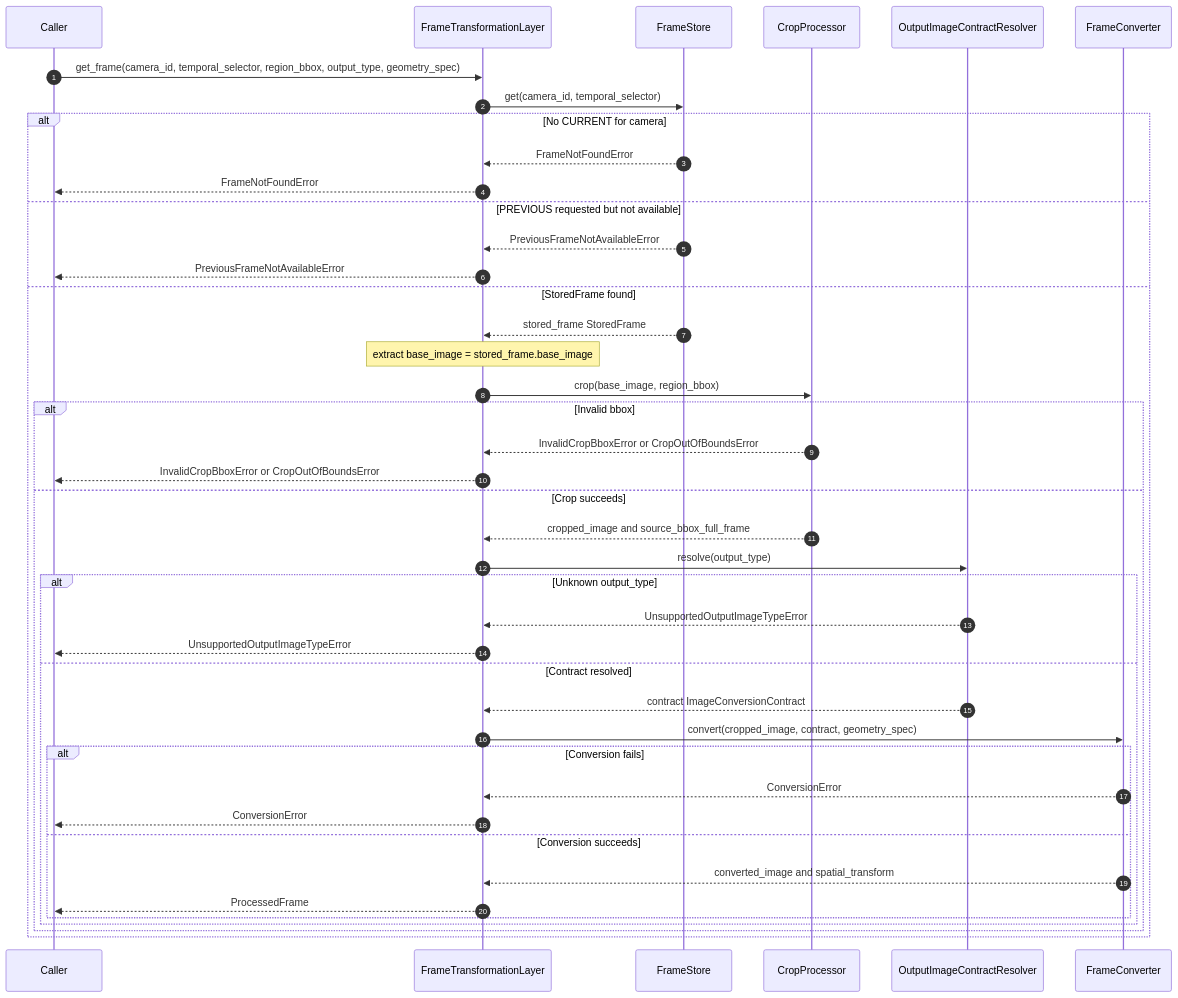
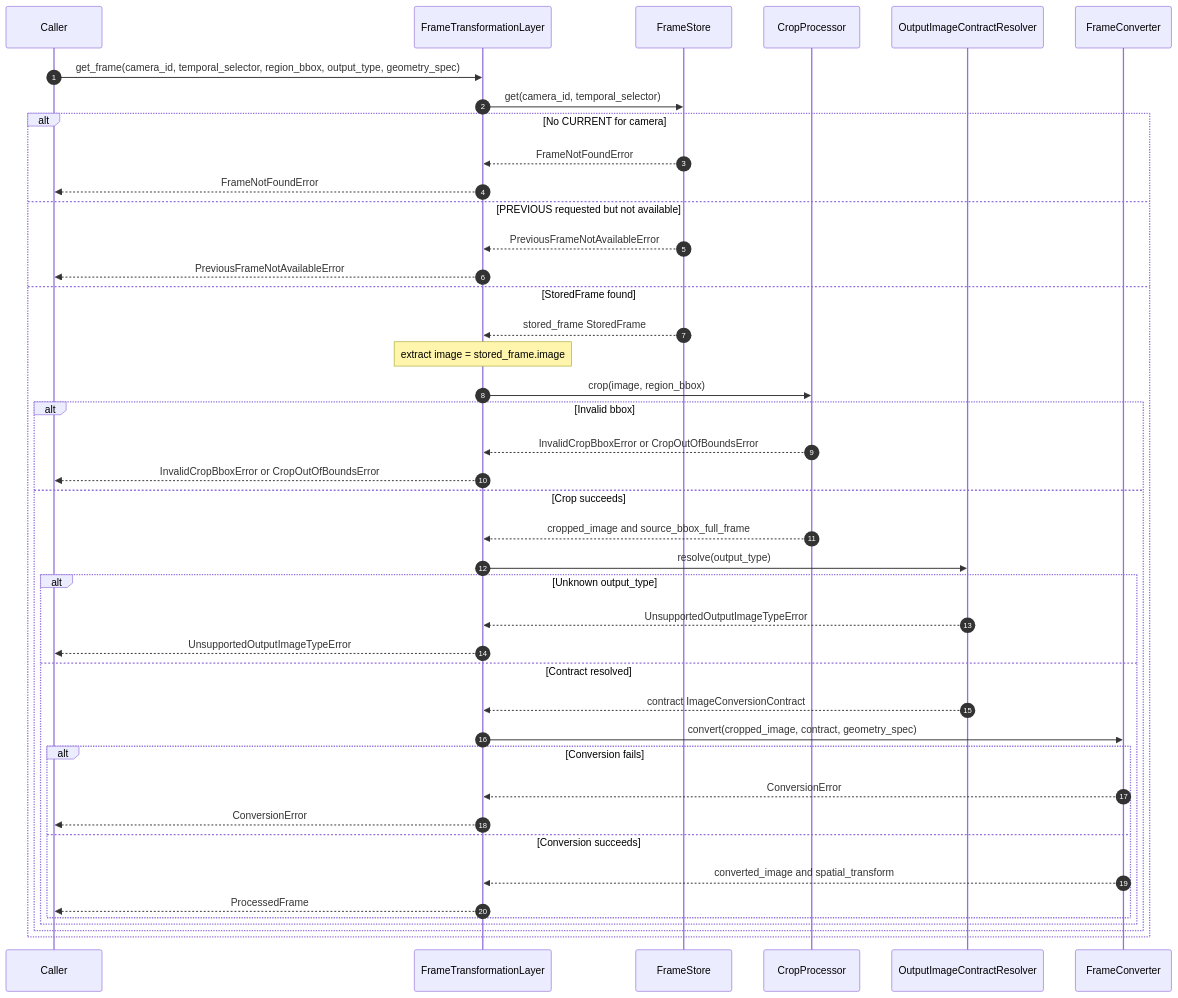
One commit to talifruman/camera-recognition changed the third of 4 diagrams in doc/image_processing_service/frame_transformation_layer.md. Above: the diagram before and after it, drawn with Mermaid. The commit also changed other lines of this file and 203 other files, not shown here.

````diff
--- a/doc/image_processing_service/frame_transformation_layer.md
+++ b/doc/image_processing_service/frame_transformation_layer.md
@@ -913,45 +906,45 @@
 ```mermaid
 sequenceDiagram
   autonumber
   participant Caller
   participant FTL as FrameTransformationLayer
   participant STORE as FrameStore
   participant CROP as CropProcessor
   participant RESOLVER as OutputImageContractResolver
   participant CONV as FrameConverter
 
   Caller->>FTL: get_frame(camera_id, temporal_selector, region_bbox, output_type, geometry_spec)
   FTL->>STORE: get(camera_id, temporal_selector)
   alt No CURRENT for camera
     STORE-->>FTL: FrameNotFoundError
     FTL-->>Caller: FrameNotFoundError
   else PREVIOUS requested but not available
     STORE-->>FTL: PreviousFrameNotAvailableError
     FTL-->>Caller: PreviousFrameNotAvailableError
   else StoredFrame found
     STORE-->>FTL: stored_frame StoredFrame
-    Note over FTL: extract base_image = stored_frame.base_image
-    FTL->>CROP: crop(base_image, region_bbox)
+    Note over FTL: extract image = stored_frame.image
+    FTL->>CROP: crop(image, region_bbox)
     alt Invalid bbox
       CROP-->>FTL: InvalidCropBboxError or CropOutOfBoundsError
       FTL-->>Caller: InvalidCropBboxError or CropOutOfBoundsError
     else Crop succeeds
       CROP-->>FTL: cropped_image and source_bbox_full_frame
       FTL->>RESOLVER: resolve(output_type)
       alt Unknown output_type
         RESOLVER-->>FTL: UnsupportedOutputImageTypeError
         FTL-->>Caller: UnsupportedOutputImageTypeError
       else Contract resolved
         RESOLVER-->>FTL: contract ImageConversionContract
         FTL->>CONV: convert(cropped_image, contract, geometry_spec)
         alt Conversion fails
           CONV-->>FTL: ConversionError
           FTL-->>Caller: ConversionError
         else Conversion succeeds
           CONV-->>FTL: converted_image and spatial_transform
           FTL-->>Caller: ProcessedFrame
         end
       end
     end
   end
 ```
````
